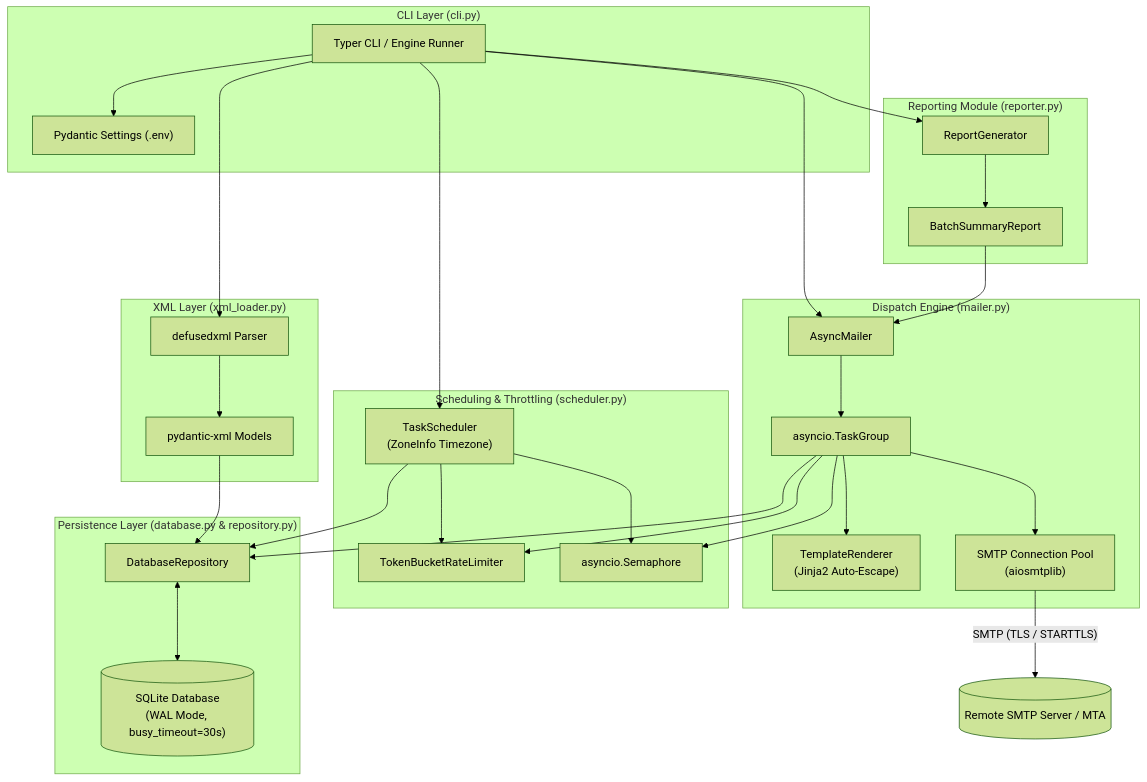
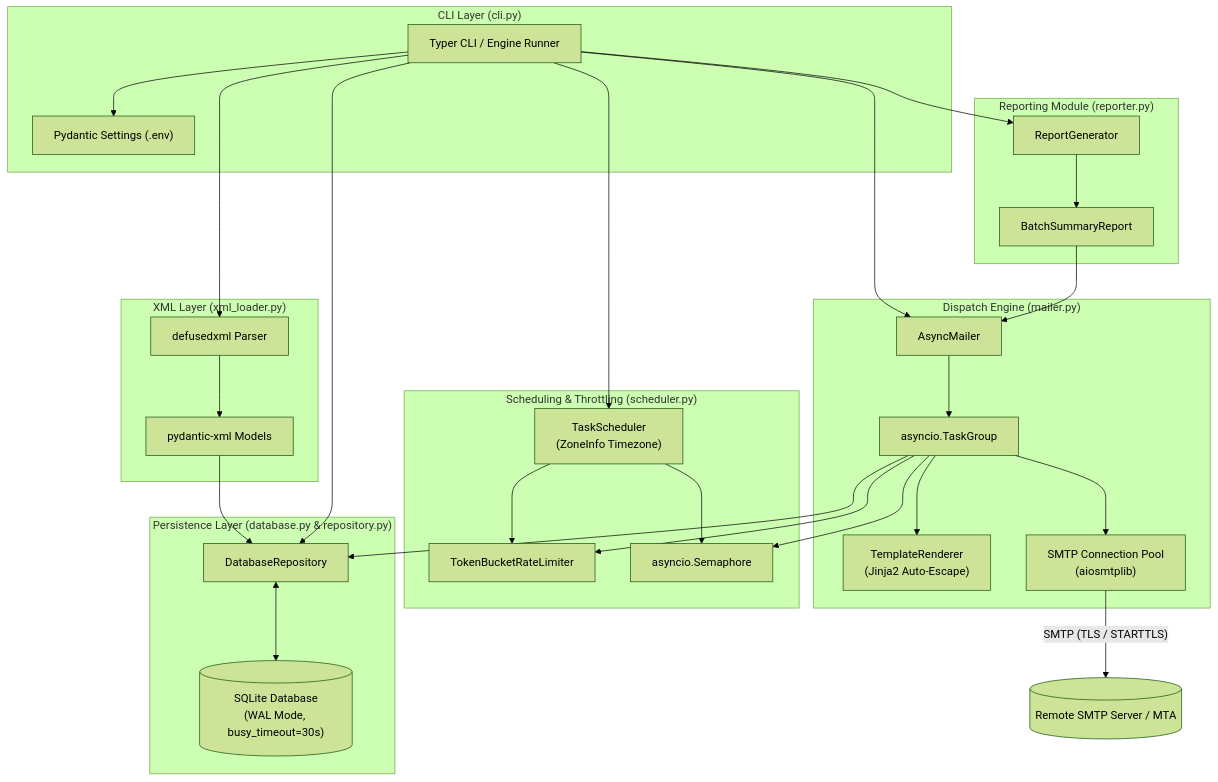
The first of 4 diagrams in docs/ARCHITECTURE.md (krj29b/mail-cadence), drawn with Mermaid (forest theme) before and after one commit. The commit also changed other lines of this file and 15 other files, not shown here.

````diff
--- a/docs/ARCHITECTURE.md
+++ b/docs/ARCHITECTURE.md
@@ -30,60 +30,60 @@
 ```mermaid
 flowchart TB
     subgraph CLI ["CLI Layer (cli.py)"]
         CLI_Entry["Typer CLI / Engine Runner"]
         Config_Settings["Pydantic Settings (.env)"]
     end
 
     subgraph Parsing ["XML Layer (xml_loader.py)"]
         Defused_XML["defusedxml Parser"]
         Pydantic_XML["pydantic-xml Models"]
     end
 
     subgraph Storage ["Persistence Layer (database.py & repository.py)"]
         SQLite_DB[("SQLite Database\n(WAL Mode, busy_timeout=30s)")]
         Repo["DatabaseRepository"]
     end
 
     subgraph Scheduling ["Scheduling & Throttling (scheduler.py)"]
         Scheduler["TaskScheduler\n(ZoneInfo Timezone)"]
         Rate_Limiter["TokenBucketRateLimiter"]
         Sem_Manager["asyncio.Semaphore"]
     end
 
     subgraph Dispatch ["Dispatch Engine (mailer.py)"]
         Async_Mailer["AsyncMailer"]
         Task_Group["asyncio.TaskGroup"]
         Jinja_Renderer["TemplateRenderer\n(Jinja2 Auto-Escape)"]
         SMTP_Pool["SMTP Connection Pool\n(aiosmtplib)"]
     end
 
     subgraph Reporting ["Reporting Module (reporter.py)"]
         Report_Gen["ReportGenerator"]
         Batch_Summary["BatchSummaryReport"]
     end
 
     CLI_Entry --> Config_Settings
     CLI_Entry --> Defused_XML
     Defused_XML --> Pydantic_XML
     Pydantic_XML --> Repo
     Repo <--> SQLite_DB
 
     CLI_Entry --> Scheduler
-    Scheduler --> Repo
+    CLI_Entry --> Repo
     Scheduler --> Rate_Limiter
     Scheduler --> Sem_Manager
 
     CLI_Entry --> Async_Mailer
     Async_Mailer --> Task_Group
     Task_Group --> Sem_Manager
     Task_Group --> Rate_Limiter
     Task_Group --> Jinja_Renderer
     Task_Group --> SMTP_Pool
     Task_Group --> Repo
 
     CLI_Entry --> Report_Gen
     Report_Gen --> Batch_Summary
     Batch_Summary --> Async_Mailer
 
     SMTP_Pool -->|"SMTP (TLS / STARTTLS)"| Target_MTA[("Remote SMTP Server / MTA")]
 ```
````
